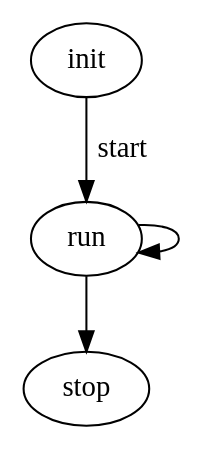
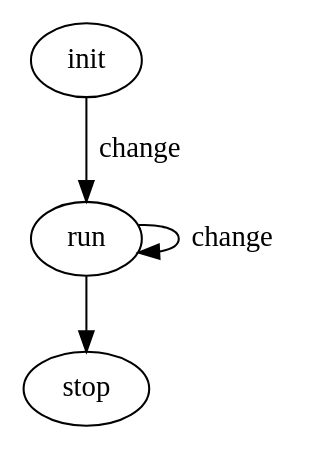
One commit to pbosetti/gv_fsm changed the diagram in simple.dot. Above: the diagram before and after it, drawn with Graphviz. The commit also changed 2 other files, not shown here.

```diff
--- a/simple.dot
+++ b/simple.dot
@@ -1,5 +1,5 @@
 digraph "simple" {
-  init -> run [label="start"]
-  run -> run
+  init -> run [label="change"]
+  run -> run [label="change"]
   run -> stop
 }
```
